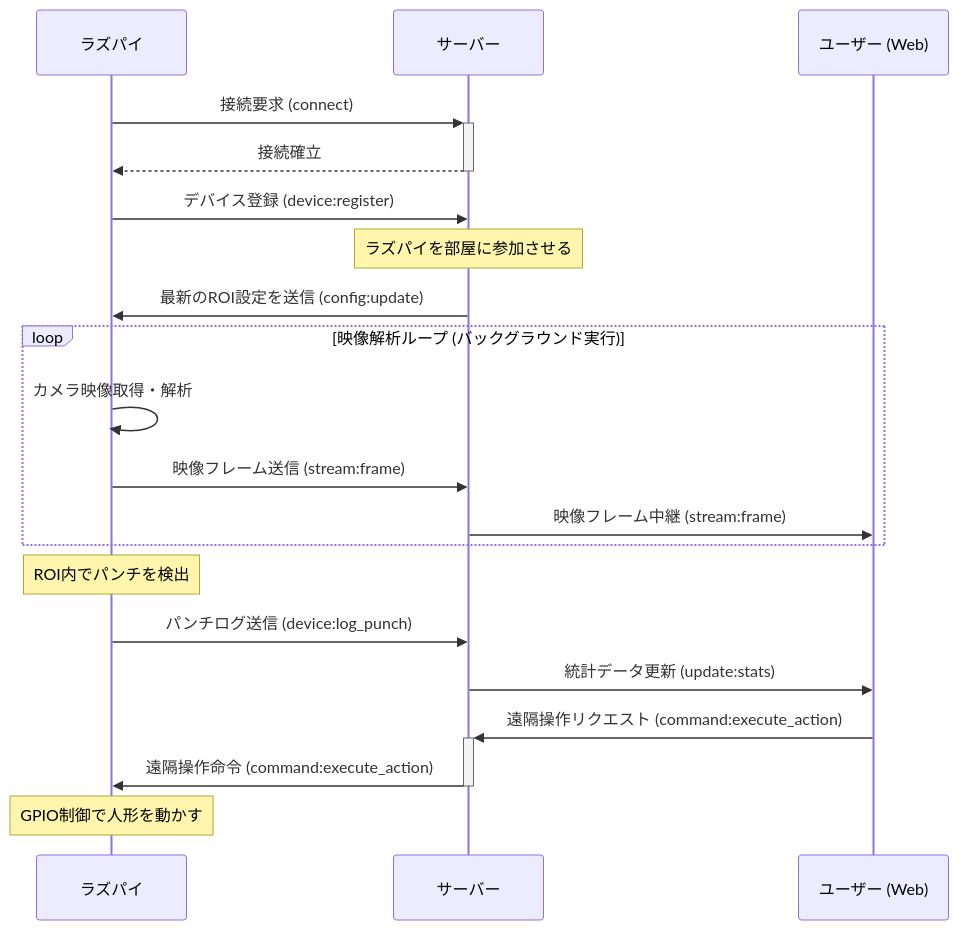
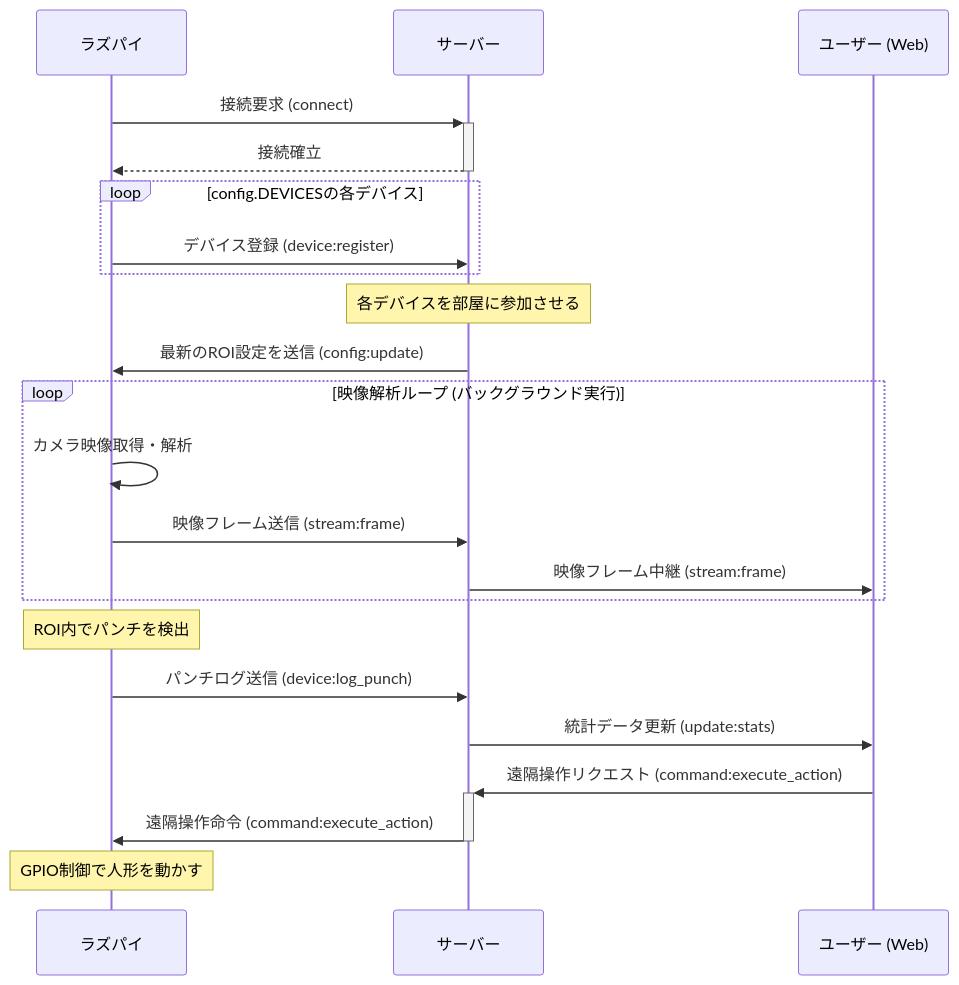
One commit to kinokotaisa/seiken-docs changed the second of 2 diagrams in rpi-client.md. Above: the diagram before and after it, drawn with Mermaid. The commit also changed other lines of this file, not shown here.

````diff
--- a/rpi-client.md
+++ b/rpi-client.md
@@ -101,26 +100,28 @@
 ```mermaid
 sequenceDiagram
   participant RPi as ラズパイ
   participant Server as サーバー
   participant User as ユーザー (Web)
 
   RPi->>+Server: 接続要求 (connect)
   Server-->>-RPi: 接続確立
-  RPi->>Server: デバイス登録 (device:register)
-  Note over Server: ラズパイを部屋に参加させる
+  loop config.DEVICESの各デバイス
+    RPi->>Server: デバイス登録 (device:register)
+  end
+  Note over Server: 各デバイスを部屋に参加させる
   Server->>RPi: 最新のROI設定を送信 (config:update)
 
   loop 映像解析ループ (バックグラウンド実行)
     RPi->>RPi: カメラ映像取得・解析
     RPi->>Server: 映像フレーム送信 (stream:frame)
     Server->>User: 映像フレーム中継 (stream:frame)
   end
 
   Note over RPi: ROI内でパンチを検出
   RPi->>Server: パンチログ送信 (device:log_punch)
   Server->>User: 統計データ更新 (update:stats)
 
   User->>+Server: 遠隔操作リクエスト (command:execute_action)
   Server->>-RPi: 遠隔操作命令 (command:execute_action)
   Note over RPi: GPIO制御で人形を動かす
 ```
````
